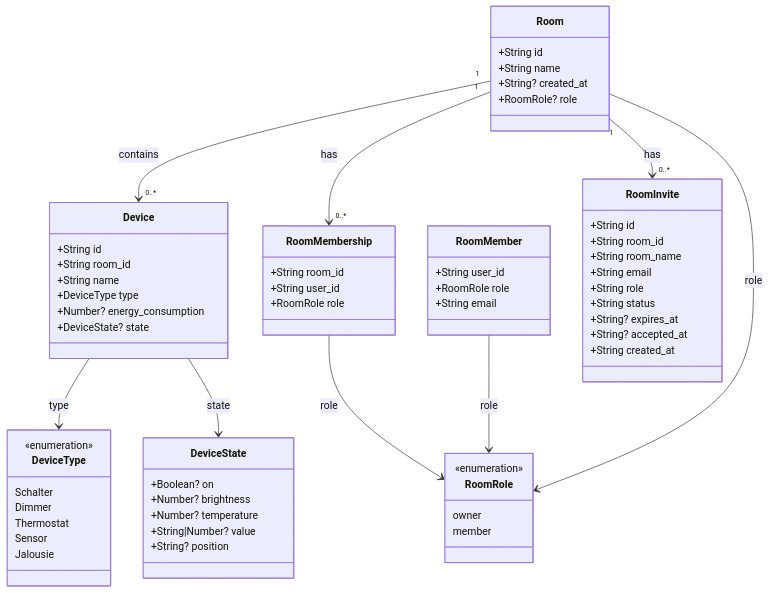
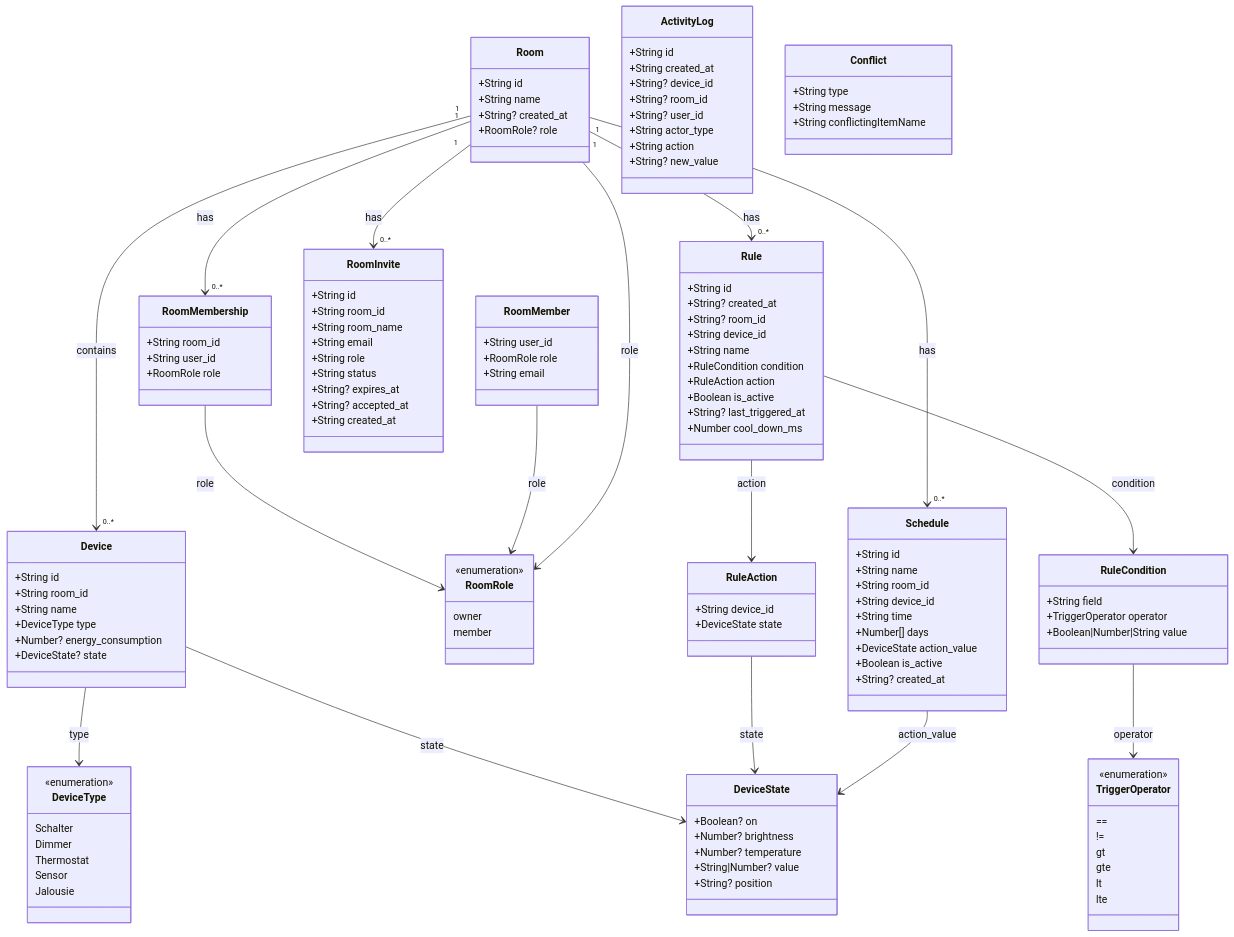
Before and after one commit to jku-win-se/teaching-2026.ss.prse.braeuer.team5: the fourth of 4 diagrams in docs/uml-diagram.md, drawn with Mermaid. The commit also changed other lines of this file, not shown here.

Commit message:
#86 [0.2h] Upgrade UML Diagramme fuer release v0.2.0

````diff
--- a/docs/uml-diagram.md
+++ b/docs/uml-diagram.md
@@ -231,12 +268,82 @@
         +String created_at
     }
 
+    class ActivityLog {
+        +String id
+        +String created_at
+        +String? device_id
+        +String? room_id
+        +String? user_id
+        +String actor_type
+        +String action
+        +String? new_value
+    }
+
+    class TriggerOperator {
+        <<enumeration>>
+        ==
+        !=
+        gt
+        gte
+        lt
+        lte
+    }
+
+    class RuleCondition {
+        +String field
+        +TriggerOperator operator
+        +Boolean|Number|String value
+    }
+
+    class RuleAction {
+        +String device_id
+        +DeviceState state
+    }
+
+    class Rule {
+        +String id
+        +String? created_at
+        +String? room_id
+        +String device_id
+        +String name
+        +RuleCondition condition
+        +RuleAction action
+        +Boolean is_active
+        +String? last_triggered_at
+        +Number cool_down_ms
+    }
+
+    class Schedule {
+        +String id
+        +String name
+        +String room_id
+        +String device_id
+        +String time
+        +Number[] days
+        +DeviceState action_value
+        +Boolean is_active
+        +String? created_at
+    }
+
+    class Conflict {
+        +String type
+        +String message
+        +String conflictingItemName
+    }
+
     Room "1" --> "0..*" Device : contains
     Room "1" --> "0..*" RoomMembership : has
     Room "1" --> "0..*" RoomInvite : has
+    Room "1" --> "0..*" Rule : has
+    Room "1" --> "0..*" Schedule : has
     RoomMembership --> RoomRole : role
     RoomMember --> RoomRole : role
     Room --> RoomRole : role
     Device --> DeviceType : type
     Device --> DeviceState : state
+    Rule --> RuleCondition : condition
+    Rule --> RuleAction : action
+    RuleAction --> DeviceState : state
+    RuleCondition --> TriggerOperator : operator
+    Schedule --> DeviceState : action_value
 ```
````
